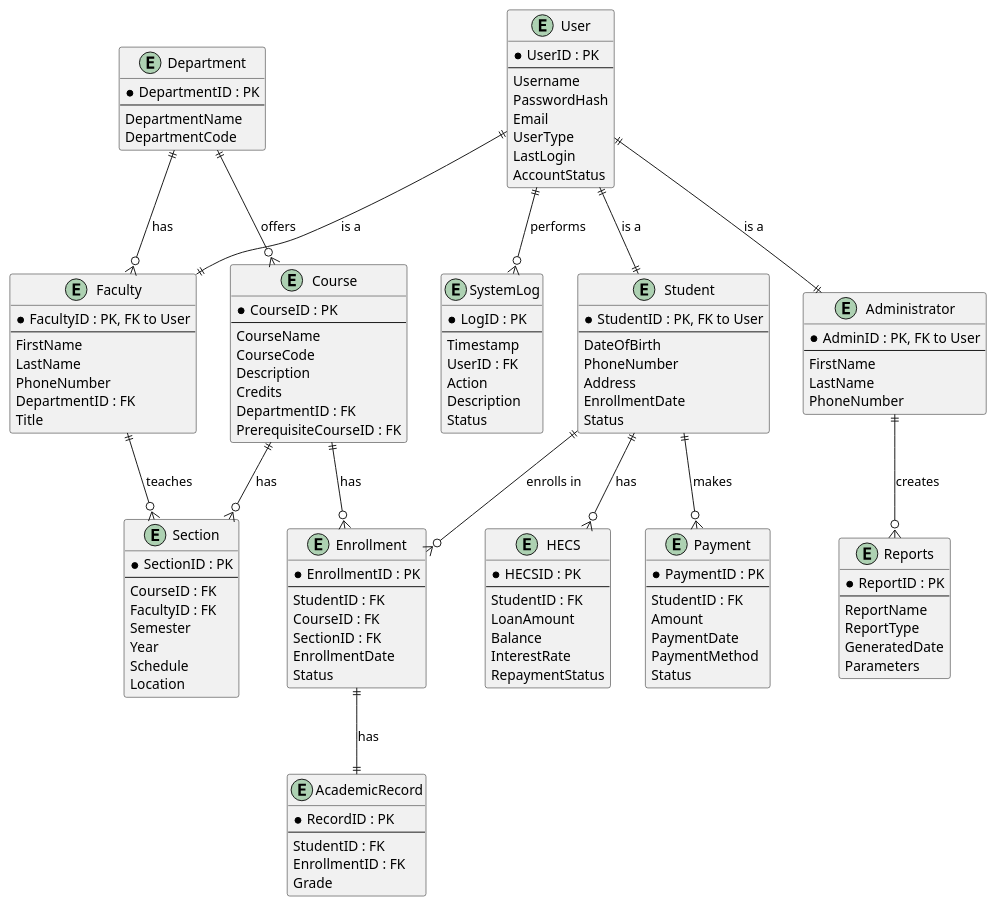
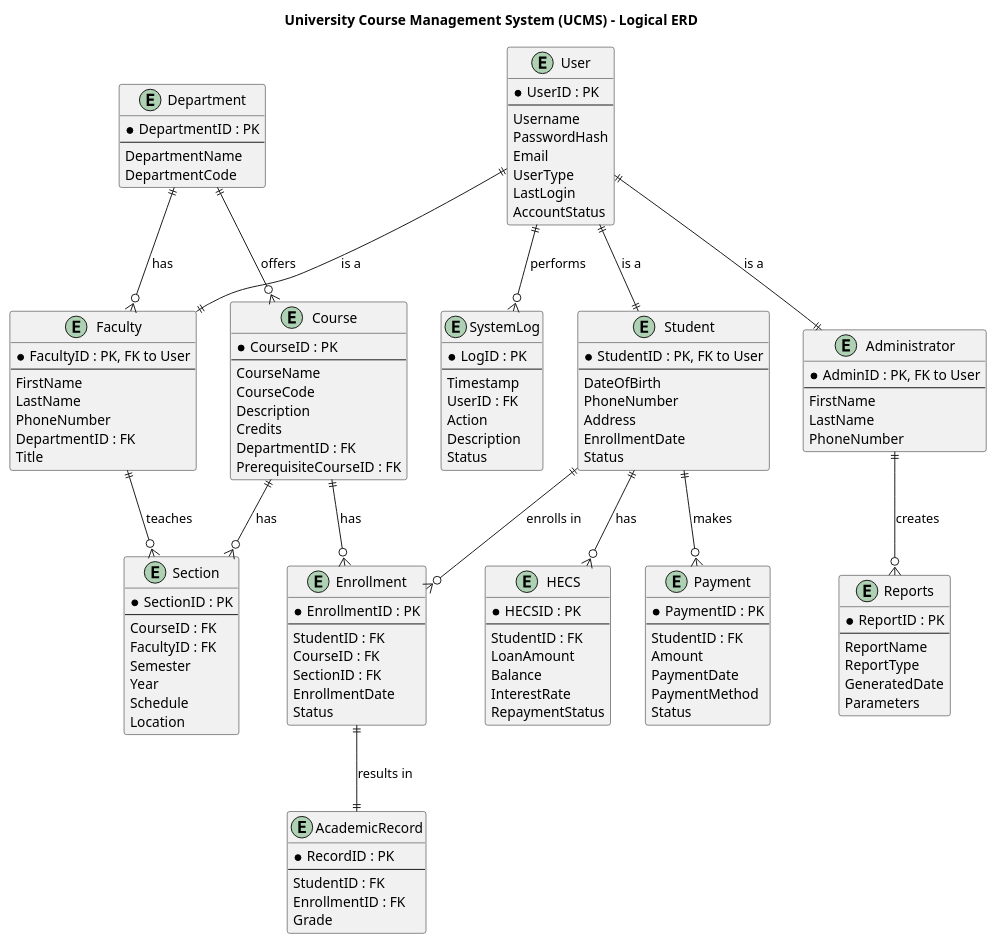
One commit to Mukundks2004/SoftwareArchC4Group changed the diagram in Logical_ERD.puml. Above: the diagram before and after it, drawn with PlantUML. The commit also changed 2 other files, not shown here.

Commit message:
Add titles to ERD - further normalisation next commit

```diff
--- a/Logical_ERD.puml
+++ b/Logical_ERD.puml
@@ -1,170 +1,172 @@
 @startuml UCMS_ERD
+
+title University Course Management System (UCMS) - Logical ERD
 
 ' Define entity types
 entity "User" as User {
   * UserID : PK
   --
   Username
   PasswordHash
   Email
   UserType
   LastLogin
   AccountStatus
 }
 
 entity "Student" as Student {
   * StudentID : PK, FK to User
   --
   DateOfBirth
   PhoneNumber
   Address
   EnrollmentDate
   Status
 }
 
 entity "Faculty" as Faculty {
   * FacultyID : PK, FK to User
   --
   FirstName
   LastName
   PhoneNumber
   DepartmentID : FK
   Title
 }
 
 entity "Administrator" as Administrator {
   * AdminID : PK, FK to User
   --
   FirstName
   LastName
   PhoneNumber
 }
 
 entity "Department" as Department {
   * DepartmentID : PK
   --
   DepartmentName
   DepartmentCode
 }
 
 entity "Course" as Course {
   * CourseID : PK
   --
   CourseName
   CourseCode
   Description
   Credits
   DepartmentID : FK
   PrerequisiteCourseID : FK
 }
 
 entity "Enrollment" as Enrollment {
   * EnrollmentID : PK
   --
   StudentID : FK
   CourseID : FK
   SectionID : FK
   EnrollmentDate
   Status
 }
 
 entity "Section" as Section {
   * SectionID : PK
   --
   CourseID : FK
   FacultyID : FK
   Semester
   Year
   Schedule
   Location
 }
 
 entity "AcademicRecord" as AcademicRecord {
   * RecordID : PK
   --
   StudentID : FK
   EnrollmentID : FK
   Grade
 }
 
 entity "HECS" as HECS {
   * HECSID : PK
   --
   StudentID : FK
   LoanAmount
   Balance
   InterestRate
   RepaymentStatus
 }
 
 entity "Reports" as Reports {
   * ReportID : PK
   --
   ReportName
   ReportType
   GeneratedDate
   Parameters
 }
 
 entity "Payment" as Payment {
   * PaymentID : PK
   --
   StudentID : FK
   Amount
   PaymentDate
   PaymentMethod
   Status
 }
 
 entity "SystemLog" as SystemLog {
   * LogID : PK
   --
   Timestamp
   UserID : FK
   Action
   Description
   Status
 }
 
 
 ' Define relationships with cardinality
 
 ' User ↔ Student, Faculty, Administrator
 User ||--|| Student : "is a"
 User ||--|| Faculty : "is a"
 User ||--|| Administrator : "is a"
 
 ' Student ↔ Enrollment
 Student ||--o{ Enrollment : "enrolls in"
 
 ' Course ↔ Enrollment
 Course ||--o{ Enrollment : "has"
 
 ' Course ↔ Section
 Course ||--o{ Section : "has"
 
 ' Faculty ↔ Section
 Faculty ||--o{ Section : "teaches"
 
 ' Department ↔ Faculty
 Department ||--o{ Faculty : "has"
 
 ' Department ↔ Course
 Department ||--o{ Course : "offers"
 
 ' Enrollment ↔ AcademicRecord
-Enrollment ||--|| AcademicRecord : "has"
+Enrollment ||--|| AcademicRecord : "results in"
 
 ' Student ↔ HECS
 Student ||--o{ HECS : "has"
 
 ' Administrator ↔ Reports
 Administrator ||--o{ Reports : "creates"
 
 ' Student ↔ Payment
 Student ||--o{ Payment : "makes"
 
 ' SystemLog ↔ User
 User ||--o{ SystemLog : "performs"
 
 @enduml
```
